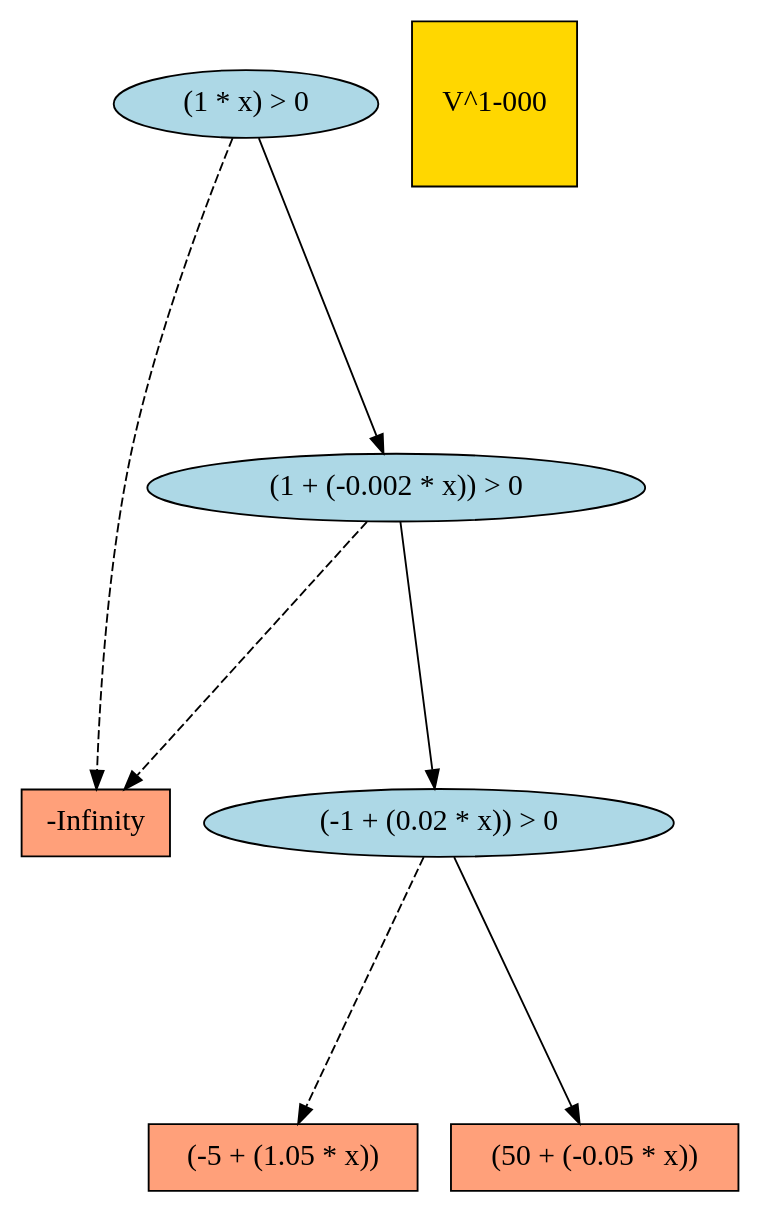
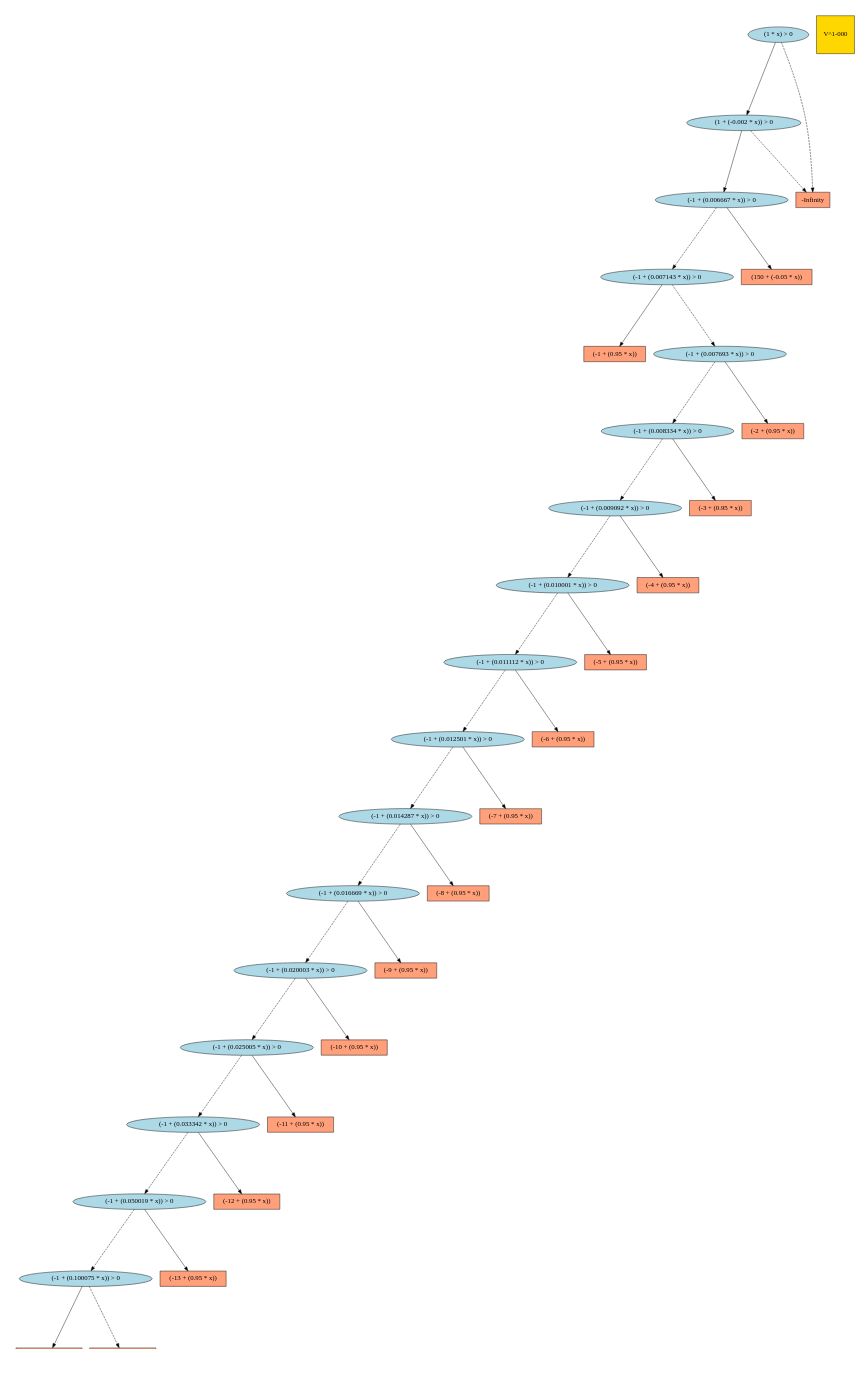
The diagram in src/camdp/ex/jair/results/inventory1-7-1-det.cmdp.V_1-000.dot (ssanner/xadd-inference), drawn with Graphviz before and after one commit. The commit also changed 269 other files, not shown here.

```diff
--- a/src/camdp/ex/jair/results/inventory1-7-1-det.cmdp.V_1-000.dot
+++ b/src/camdp/ex/jair/results/inventory1-7-1-det.cmdp.V_1-000.dot
@@ -1,18 +1,74 @@
 digraph G { 
 graph [ fontname = "Helvetica",fontsize="16",ratio = "auto",
         size="7.5,10",ranksep="2.00" ];
 node [fontsize="16"];
-"239" [label="(-1 + (0.02 * x)) > 0",fillcolor=lightblue,color=black,shape=ellipse,style=filled];
-"114" [label="(-5 + (1.05 * x))",fillcolor=lightsalmon,color=black,shape=box,style=filled];
-"182" [label="(50 + (-0.05 * x))",fillcolor=lightsalmon,color=black,shape=box,style=filled];
+"2146" [label="(-1 + (0.033342 * x)) > 0",fillcolor=lightblue,color=black,shape=ellipse,style=filled];
+"2145" [label="(-1 + (0.050019 * x)) > 0",fillcolor=lightblue,color=black,shape=ellipse,style=filled];
+"2148" [label="(-1 + (0.020003 * x)) > 0",fillcolor=lightblue,color=black,shape=ellipse,style=filled];
+"1350" [label="(-12 + (0.95 * x))",fillcolor=lightsalmon,color=black,shape=box,style=filled];
+"2147" [label="(-1 + (0.025005 * x)) > 0",fillcolor=lightblue,color=black,shape=ellipse,style=filled];
+"2149" [label="(-1 + (0.016669 * x)) > 0",fillcolor=lightblue,color=black,shape=ellipse,style=filled];
+"867" [label="(-9 + (0.95 * x))",fillcolor=lightsalmon,color=black,shape=box,style=filled];
+"108" [label="(-1 + (0.95 * x))",fillcolor=lightsalmon,color=black,shape=box,style=filled];
+"2150" [label="(-1 + (0.014287 * x)) > 0",fillcolor=lightblue,color=black,shape=ellipse,style=filled];
+"2151" [label="(-1 + (0.012501 * x)) > 0",fillcolor=lightblue,color=black,shape=ellipse,style=filled];
+"605" [label="(-7 + (0.95 * x))",fillcolor=lightsalmon,color=black,shape=box,style=filled];
+"2152" [label="(-1 + (0.011112 * x)) > 0",fillcolor=lightblue,color=black,shape=ellipse,style=filled];
+"2153" [label="(-1 + (0.010001 * x)) > 0",fillcolor=lightblue,color=black,shape=ellipse,style=filled];
+"2154" [label="(-1 + (0.009092 * x)) > 0",fillcolor=lightblue,color=black,shape=ellipse,style=filled];
+"2155" [label="(-1 + (0.008334 * x)) > 0",fillcolor=lightblue,color=black,shape=ellipse,style=filled];
+"2159" [label="(1 + (-0.002 * x)) > 0",fillcolor=lightblue,color=black,shape=ellipse,style=filled];
+"2158" [label="(-1 + (0.006667 * x)) > 0",fillcolor=lightblue,color=black,shape=ellipse,style=filled];
+"391" [label="(-5 + (0.95 * x))",fillcolor=lightsalmon,color=black,shape=box,style=filled];
+"2157" [label="(-1 + (0.007143 * x)) > 0",fillcolor=lightblue,color=black,shape=ellipse,style=filled];
+"2144" [label="(-1 + (0.100075 * x)) > 0",fillcolor=lightblue,color=black,shape=ellipse,style=filled];
+"2156" [label="(-1 + (0.007693 * x)) > 0",fillcolor=lightblue,color=black,shape=ellipse,style=filled];
+"94" [label="(150 + (-0.05 * x))",fillcolor=lightsalmon,color=black,shape=box,style=filled];
+"302" [label="(-4 + (0.95 * x))",fillcolor=lightsalmon,color=black,shape=box,style=filled];
+"225" [label="(-3 + (0.95 * x))",fillcolor=lightsalmon,color=black,shape=box,style=filled];
+"1732" [label="(-14 + (0.95 * x))",fillcolor=lightsalmon,color=black,shape=box,style=filled];
+"1016" [label="(-10 + (0.95 * x))",fillcolor=lightsalmon,color=black,shape=box,style=filled];
+"1940" [label="(-15 + (0.95 * x))",fillcolor=lightsalmon,color=black,shape=box,style=filled];
+"492" [label="(-6 + (0.95 * x))",fillcolor=lightsalmon,color=black,shape=box,style=filled];
+"160" [label="(-2 + (0.95 * x))",fillcolor=lightsalmon,color=black,shape=box,style=filled];
 "4" [label="-Infinity",fillcolor=lightsalmon,color=black,shape=box,style=filled];
-"249" [label="(1 * x) > 0",fillcolor=lightblue,color=black,shape=ellipse,style=filled];
+"2160" [label="(1 * x) > 0",fillcolor=lightblue,color=black,shape=ellipse,style=filled];
+"1535" [label="(-13 + (0.95 * x))",fillcolor=lightsalmon,color=black,shape=box,style=filled];
 "_temp_" [label="V^1-000",fillcolor=gold1,color=black,shape=square,style=filled];
-"248" [label="(1 + (-0.002 * x)) > 0",fillcolor=lightblue,color=black,shape=ellipse,style=filled];
-"239" -> "114" [color=black,style=dashed];
-"239" -> "182" [color=black,style=solid];
-"249" -> "4" [color=black,style=dashed];
-"249" -> "248" [color=black,style=solid];
-"248" -> "239" [color=black,style=solid];
-"248" -> "4" [color=black,style=dashed];
+"730" [label="(-8 + (0.95 * x))",fillcolor=lightsalmon,color=black,shape=box,style=filled];
+"1177" [label="(-11 + (0.95 * x))",fillcolor=lightsalmon,color=black,shape=box,style=filled];
+"2146" -> "2145" [color=black,style=dashed];
+"2146" -> "1350" [color=black,style=solid];
+"2145" -> "2144" [color=black,style=dashed];
+"2145" -> "1535" [color=black,style=solid];
+"2148" -> "2147" [color=black,style=dashed];
+"2148" -> "1016" [color=black,style=solid];
+"2147" -> "2146" [color=black,style=dashed];
+"2147" -> "1177" [color=black,style=solid];
+"2149" -> "2148" [color=black,style=dashed];
+"2149" -> "867" [color=black,style=solid];
+"2150" -> "2149" [color=black,style=dashed];
+"2150" -> "730" [color=black,style=solid];
+"2151" -> "2150" [color=black,style=dashed];
+"2151" -> "605" [color=black,style=solid];
+"2152" -> "492" [color=black,style=solid];
+"2152" -> "2151" [color=black,style=dashed];
+"2153" -> "391" [color=black,style=solid];
+"2153" -> "2152" [color=black,style=dashed];
+"2154" -> "302" [color=black,style=solid];
+"2154" -> "2153" [color=black,style=dashed];
+"2155" -> "225" [color=black,style=solid];
+"2155" -> "2154" [color=black,style=dashed];
+"2159" -> "2158" [color=black,style=solid];
+"2159" -> "4" [color=black,style=dashed];
+"2158" -> "2157" [color=black,style=dashed];
+"2158" -> "94" [color=black,style=solid];
+"2157" -> "2156" [color=black,style=dashed];
+"2157" -> "108" [color=black,style=solid];
+"2144" -> "1732" [color=black,style=solid];
+"2144" -> "1940" [color=black,style=dashed];
+"2156" -> "160" [color=black,style=solid];
+"2156" -> "2155" [color=black,style=dashed];
+"2160" -> "2159" [color=black,style=solid];
+"2160" -> "4" [color=black,style=dashed];
 }
```
